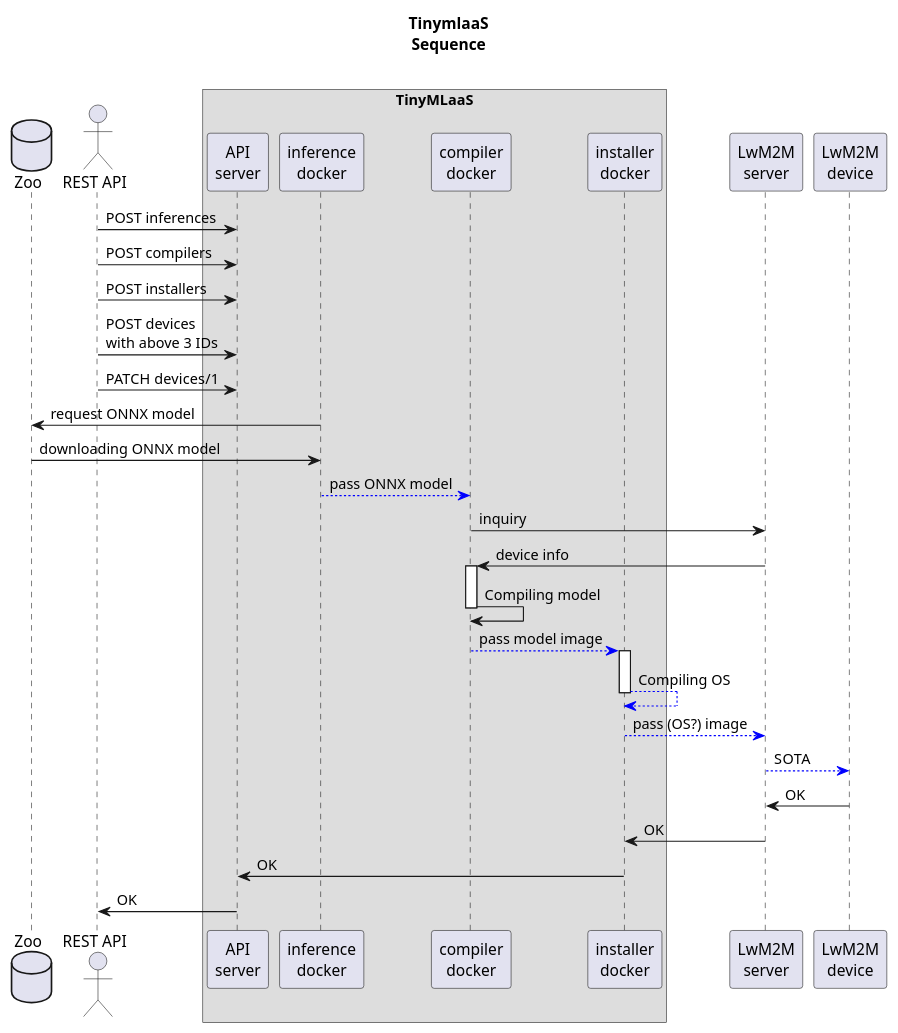
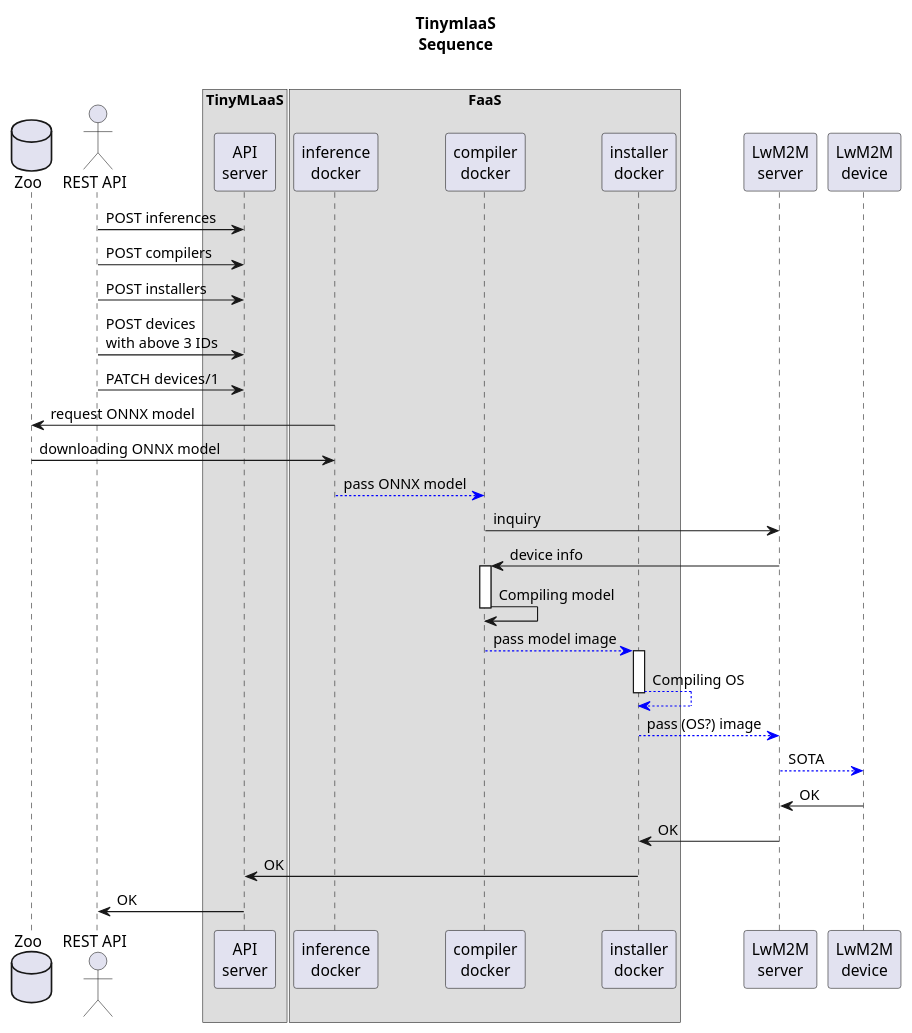
One commit to doyu/elc2019 changed the diagram in demo2-sq.puml. Above: the diagram before and after it, drawn with PlantUML. The commit also changed 6 other files, not shown here.

```diff
--- a/demo2-sq.puml
+++ b/demo2-sq.puml
@@ -1,40 +1,42 @@
 @startuml
 title TinymlaaS\nSequence\n
 
 database Zoo
 
 actor "REST API" as rapi
 
 box "TinyMLaaS\n"
 participant "API\nserver" as apis
+end box
+box FaaS
 participant "inference\ndocker" as Inf
 participant "compiler\ndocker" as Comp
 participant "installer\ndocker" as Inst
 end box
 
 participant "LwM2M\nserver" as lwm2ms
 
 rapi -> apis: POST inferences
 rapi -> apis: POST compilers
 rapi -> apis: POST installers
 rapi -> apis: POST devices\nwith above 3 IDs
 rapi -> apis: PATCH devices/1
 Zoo <- Inf: request ONNX model
 Zoo -> Inf: downloading ONNX model
 Inf -[#blue,bold]-> Comp: pass ONNX model
 Comp -> lwm2ms : inquiry
 Comp <- lwm2ms : device info
 activate Comp
 Comp -> Comp: Compiling model
 deactivate Comp
 Comp -[#blue,bold]-> Inst : pass model image
 activate Inst
 Inst -[#blue,bold]-> Inst : Compiling OS
 deactivate Inst
 Inst -[#blue,bold]-> lwm2ms : pass (OS?) image
 lwm2ms -[#blue,bold]-> "LwM2M\ndevice" : SOTA
 lwm2ms <- "LwM2M\ndevice" : OK
 Inst <- lwm2ms : OK
 apis <- Inst : OK
 rapi <- apis : OK
 @enduml
```
